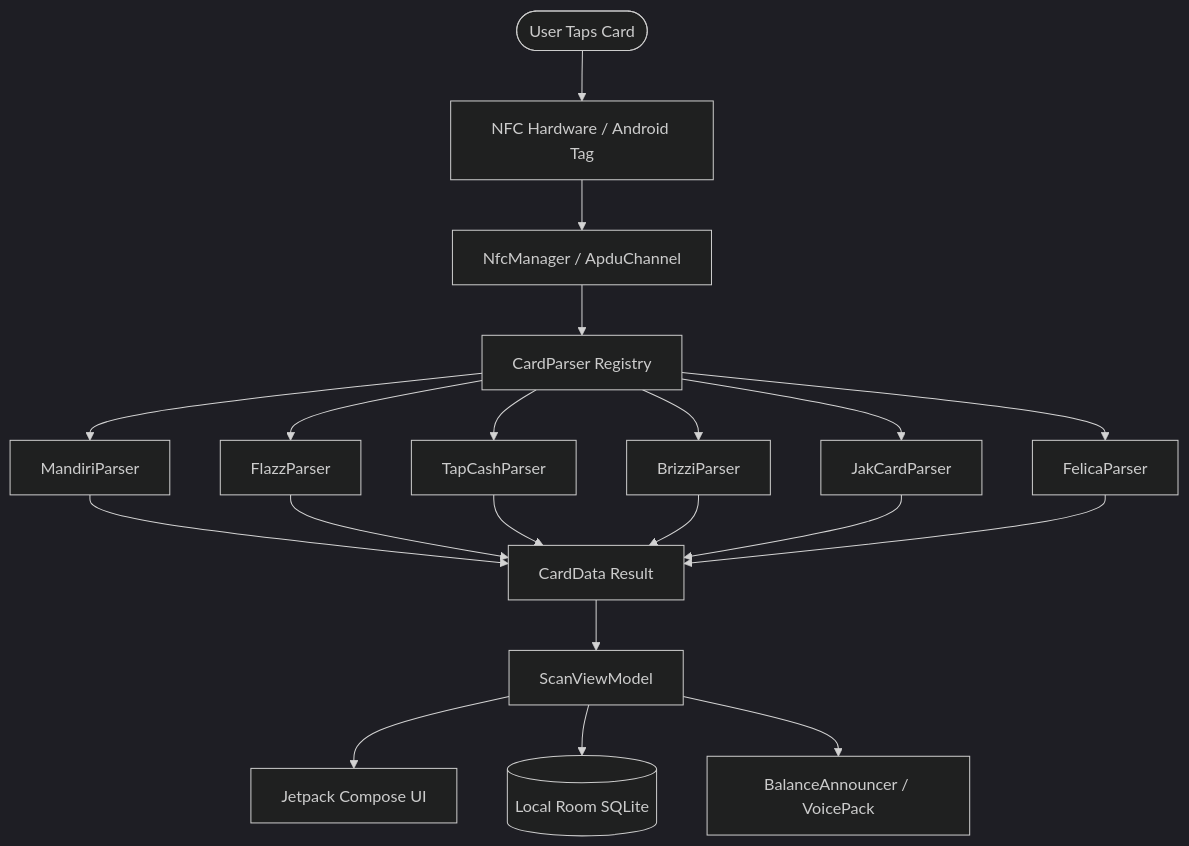
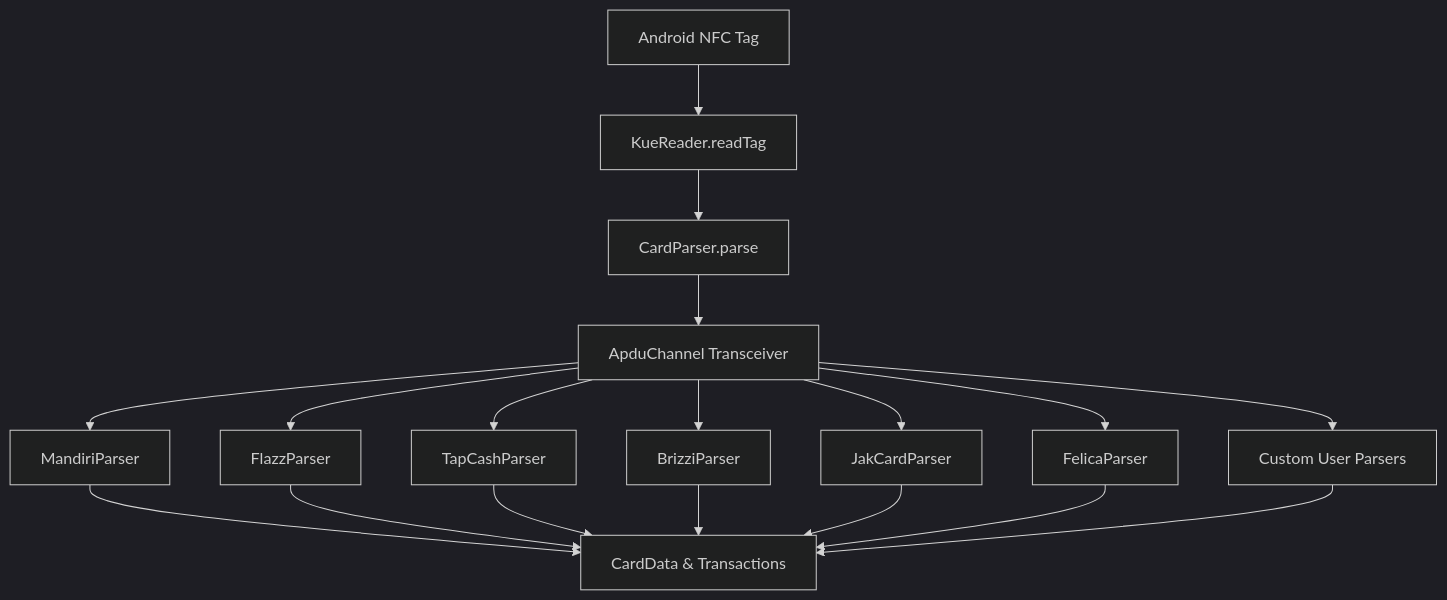
One commit to muhakmal/osp-kue-reader changed the diagram in README.md. Above: the diagram before and after it, drawn with Mermaid (dark theme). The commit also changed other lines of this file and 300 other files, not shown here.

````diff
--- a/README.md
+++ b/README.md
@@ -75,17 +188,14 @@
 ```mermaid
 graph TD
-    User([User Taps Card]) --> NFC[NFC Hardware / Android Tag]
-    NFC --> Mgr[NfcManager / ApduChannel]
-    Mgr --> Registry[CardParser Registry]
-    Registry --> Mandiri[MandiriParser]
-    Registry --> Flazz[FlazzParser]
-    Registry --> TapCash[TapCashParser]
-    Registry --> Brizzi[BrizziParser]
-    Registry --> JakCard[JakCardParser]
-    Registry --> Felica[FelicaParser]
-    Mandiri & Flazz & TapCash & Brizzi & JakCard & Felica --> Data[CardData Result]
-    Data --> VM[ScanViewModel]
-    VM --> UI[Jetpack Compose UI]
-    VM --> Room[(Local Room SQLite)]
-    VM --> Audio[BalanceAnnouncer / VoicePack]
+    Tag[Android NFC Tag] --> Facade[KueReader.readTag]
+    Facade --> Core[CardParser.parse]
+    Core --> Apdu[ApduChannel Transceiver]
+    Apdu --> Mandiri[MandiriParser]
+    Apdu --> Flazz[FlazzParser]
+    Apdu --> TapCash[TapCashParser]
+    Apdu --> Brizzi[BrizziParser]
+    Apdu --> JakCard[JakCardParser]
+    Apdu --> Felica[FelicaParser]
+    Apdu --> Custom[Custom User Parsers]
+    Mandiri & Flazz & TapCash & Brizzi & JakCard & Felica & Custom --> Model[CardData & Transactions]
 ```
````
